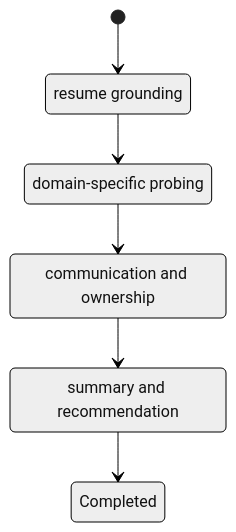
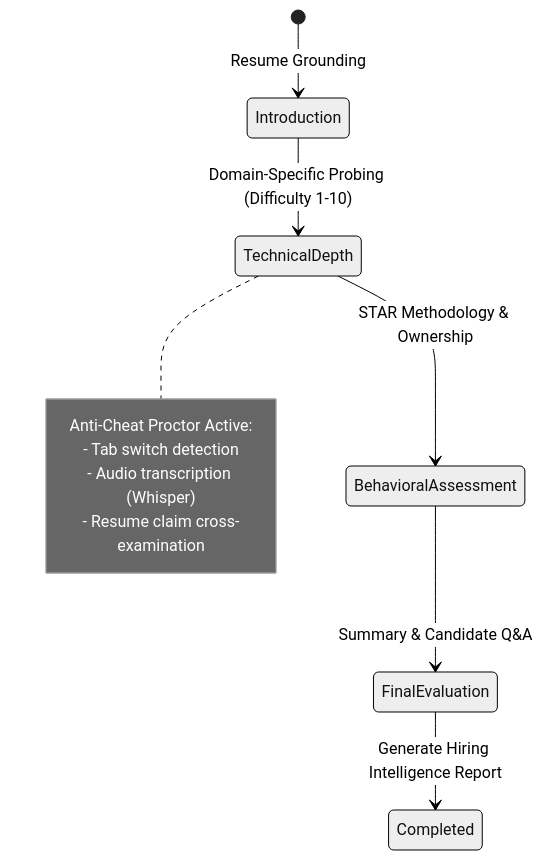
One commit to Advaith4/HRMS changed the fifth of 5 diagrams in README.md. Above: the diagram before and after it, drawn with Mermaid (neutral theme). The commit also changed other lines of this file and 3 other files, not shown here.

````diff
--- a/README.md
+++ b/README.md
@@ -256,13 +303,15 @@
 ```mermaid
 stateDiagram-v2
-    [*] --> Introduction
-    Introduction --> TechnicalDepth
-    TechnicalDepth --> BehavioralAssessment
-    BehavioralAssessment --> FinalEvaluation
-    FinalEvaluation --> Completed
+    [*] --> Introduction: Resume Grounding
+    Introduction --> TechnicalDepth: Domain-Specific Probing (Difficulty 1-10)
+    TechnicalDepth --> BehavioralAssessment: STAR Methodology & Ownership
+    BehavioralAssessment --> FinalEvaluation: Summary & Candidate Q&A
+    FinalEvaluation --> Completed: Generate Hiring Intelligence Report
 
-    Introduction: resume grounding
-    TechnicalDepth: domain-specific probing
-    BehavioralAssessment: communication and ownership
-    FinalEvaluation: summary and recommendation
+    note right of TechnicalDepth
+        Anti-Cheat Proctor Active:
+        - Tab switch detection
+        - Audio transcription (Whisper)
+        - Resume claim cross-examination
+    end note
 ```
````
